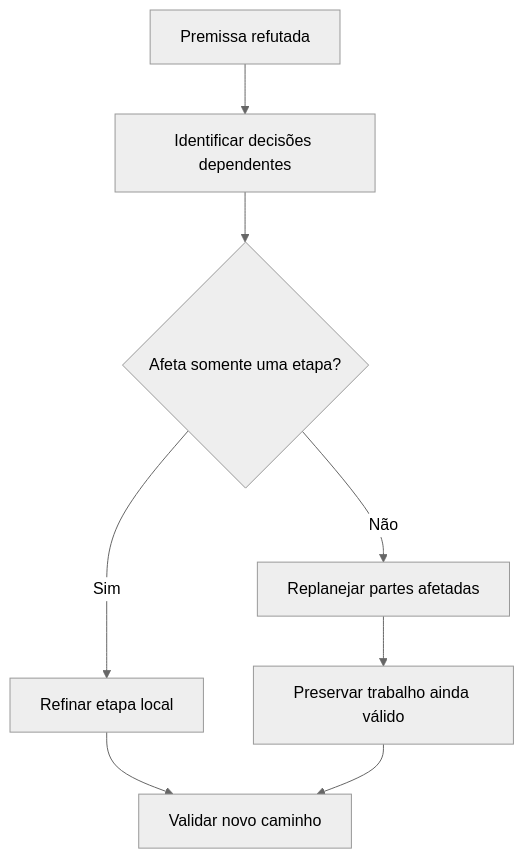
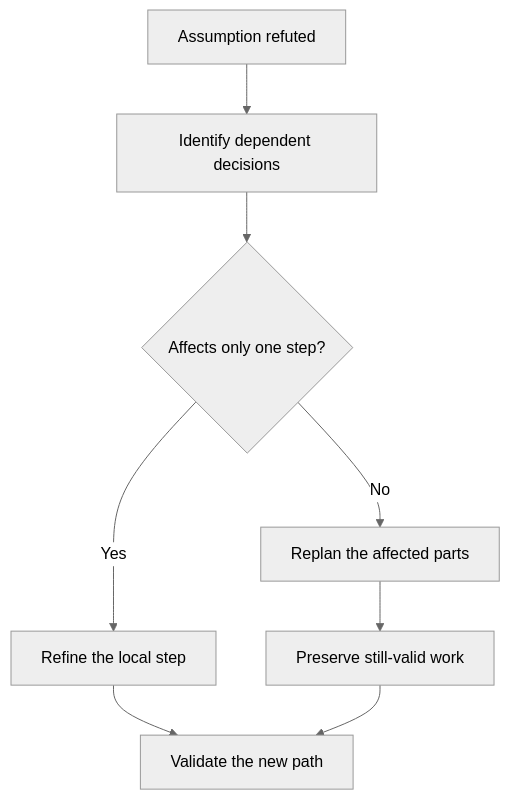
Before and after one commit to rpelizza/PelizzAI: the fourth of 4 diagrams in .claude/skills/pelizzai-reasoning/techniques/assumption-tracking.md, drawn with Mermaid (neutral theme). The commit also changed other lines of this file and 362 other files, not shown here.

````diff
--- a/.claude/skills/pelizzai-reasoning/techniques/assumption-tracking.md
+++ b/.claude/skills/pelizzai-reasoning/techniques/assumption-tracking.md
@@ -503,10 +503,10 @@
 ```mermaid
 flowchart TD
-    A[Premissa refutada] --> B[Identificar decisões dependentes]
-    B --> C{Afeta somente uma etapa?}
-    C -- Sim --> D[Refinar etapa local]
-    C -- Não --> E[Replanejar partes afetadas]
-    E --> F[Preservar trabalho ainda válido]
-    D --> G[Validar novo caminho]
+    A[Assumption refuted] --> B[Identify dependent decisions]
+    B --> C{Affects only one step?}
+    C -- Yes --> D[Refine the local step]
+    C -- No --> E[Replan the affected parts]
+    E --> F[Preserve still-valid work]
+    D --> G[Validate the new path]
     F --> G
 ```
````
